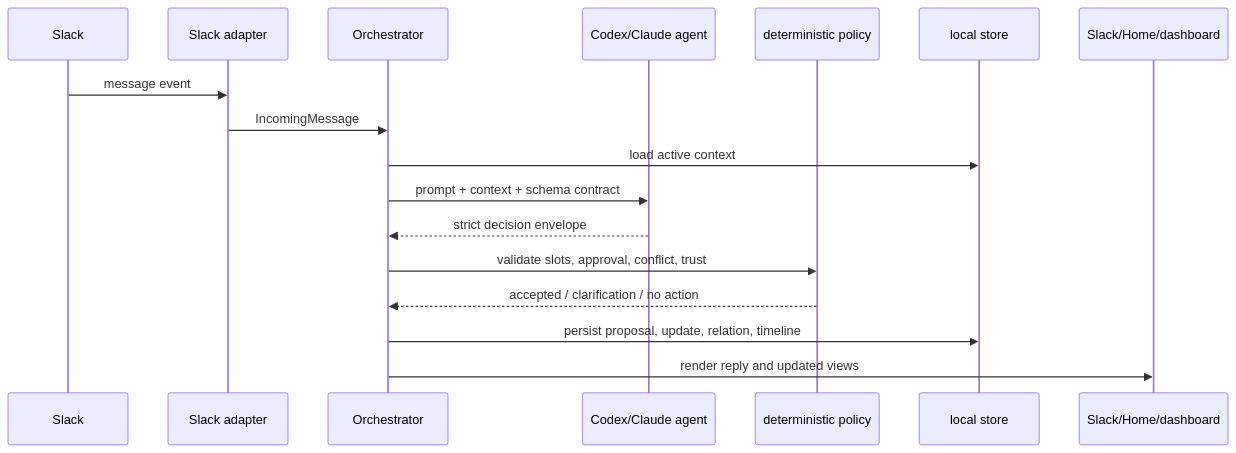
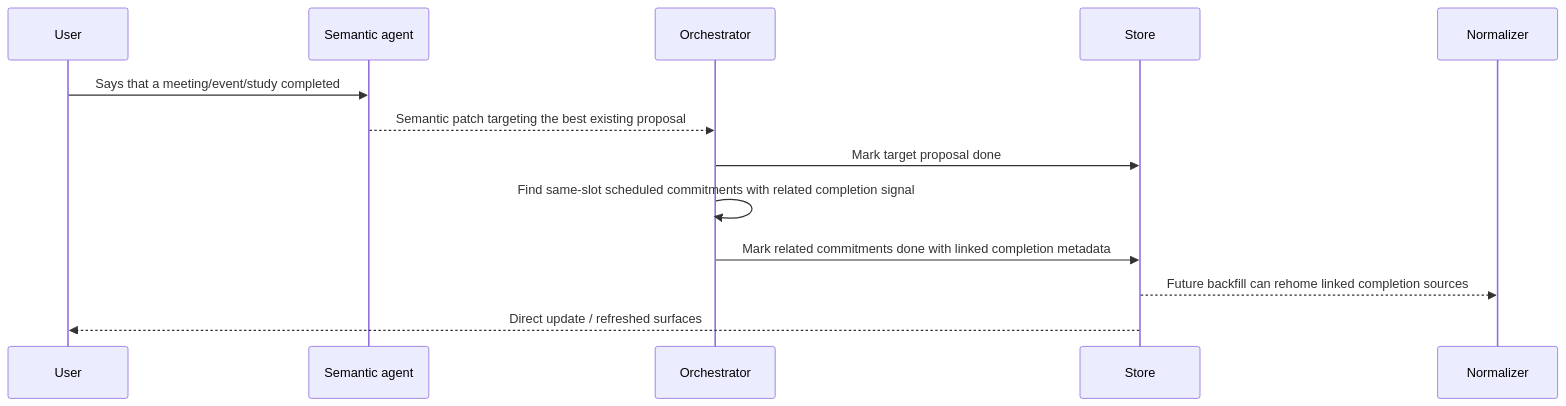
The fourth of 6 diagrams in docs/agent-flow.md (KOBIC-KBDS/task-management-clean-public), drawn with Mermaid before and after one commit. The commit also changed other lines of this file and 1 other file, not shown here.

First line of the commit message:
Clarify clean agent flow for current hierarchy runtime

````diff
--- a/docs/agent-flow.md
+++ b/docs/agent-flow.md
@@ -59,20 +121,16 @@
 ```mermaid
 sequenceDiagram
-  participant Slack
-  participant Adapter as Slack adapter
-  participant Orchestrator
-  participant Agent as Codex/Claude agent
-  participant Policy as deterministic policy
-  participant Store as local store
-  participant Surfaces as Slack/Home/dashboard
+  participant User
+  participant Agent as Semantic agent
+  participant Orch as Orchestrator
+  participant Store
+  participant Normalizer
 
-  Slack->>Adapter: message event
-  Adapter->>Orchestrator: IncomingMessage
-  Orchestrator->>Store: load active context
-  Orchestrator->>Agent: prompt + context + schema contract
-  Agent-->>Orchestrator: strict decision envelope
-  Orchestrator->>Policy: validate slots, approval, conflict, trust
-  Policy-->>Orchestrator: accepted / clarification / no action
-  Orchestrator->>Store: persist proposal, update, relation, timeline
-  Orchestrator->>Surfaces: render reply and updated views
+  User->>Agent: Says that a meeting/event/study completed
+  Agent-->>Orch: Semantic patch targeting the best existing proposal
+  Orch->>Store: Mark target proposal done
+  Orch->>Orch: Find same-slot scheduled commitments with related completion signal
+  Orch->>Store: Mark related commitments done with linked completion metadata
+  Store-->>Normalizer: Future backfill can rehome linked completion sources
+  Store-->>User: Direct update / refreshed surfaces
 ```
````
